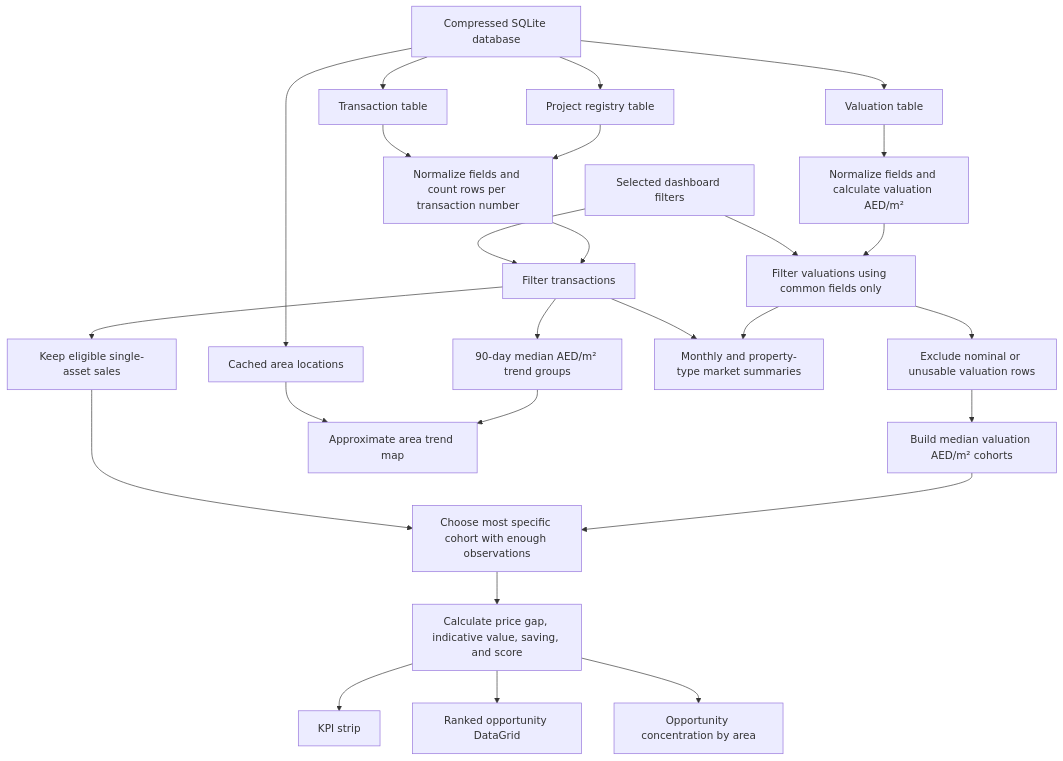
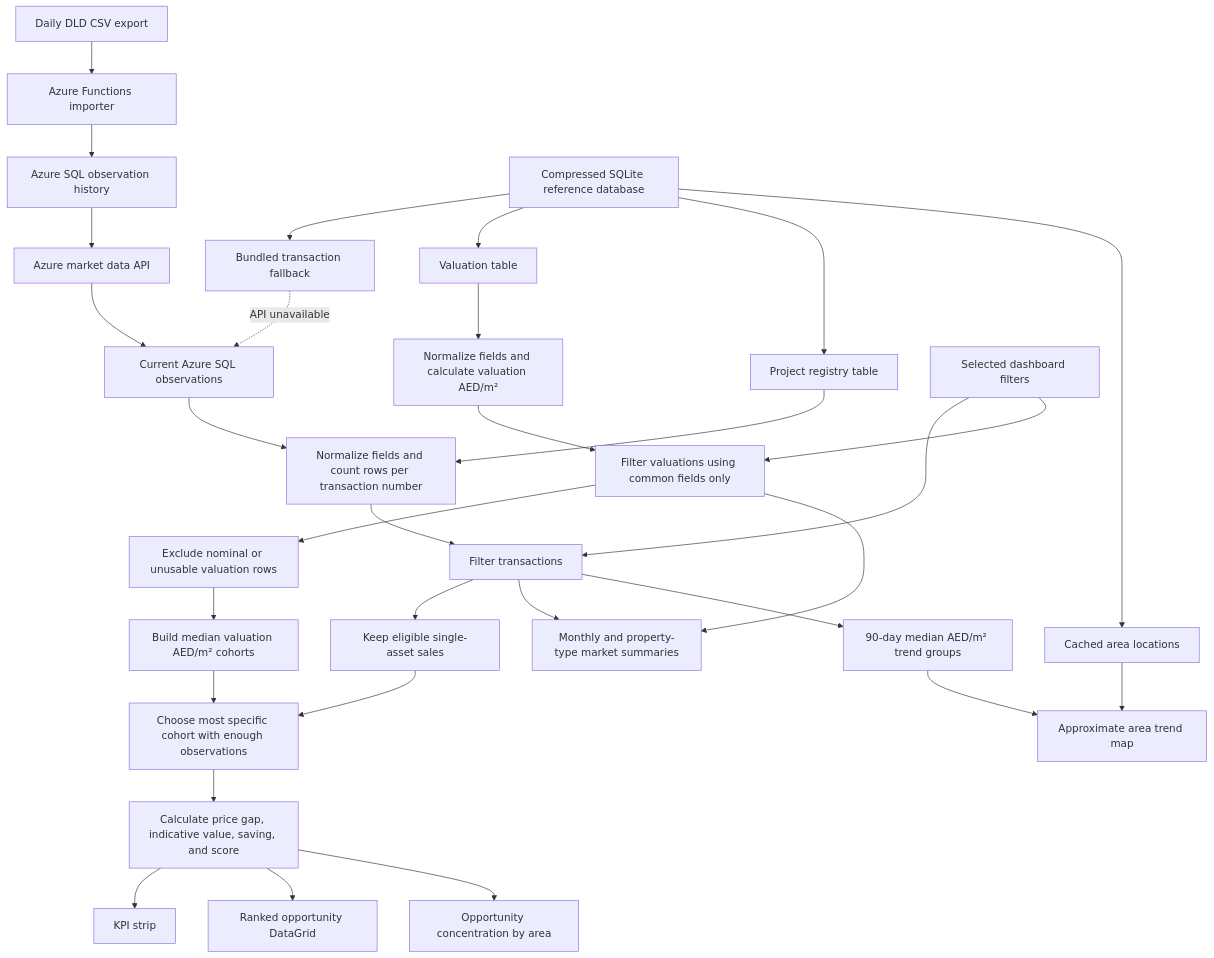
Before and after one commit to someshwarrc/Dubai-Market-Lens: the diagram in FLOW.md, drawn with Mermaid. The commit also changed other lines of this file and 62 other files, not shown here.

Commit message:
Add Azure SQL market data pipeline

````diff
--- a/FLOW.md
+++ b/FLOW.md
@@ -53,33 +57,38 @@
 ```mermaid
 flowchart TD
-    DB["Compressed SQLite database"] --> TX["Transaction table"]
+    API["Azure market data API"] --> TX["Current Azure SQL observations"]
+    DLD["Daily DLD CSV export"] --> WORKER["Azure Functions importer"]
+    WORKER --> NEON["Azure SQL observation history"]
+    NEON --> API
+    DB["Compressed SQLite reference database"] --> TXFALLBACK["Bundled transaction fallback"]
+    TXFALLBACK -. "API unavailable" .-> TX
     DB --> VAL["Valuation table"]
     DB --> PRJ["Project registry table"]
     DB --> LOC["Cached area locations"]
     TX --> TXN["Normalize fields and count rows per transaction number"]
     PRJ --> TXN
     VAL --> VALN["Normalize fields and calculate valuation AED/m²"]
 
     FILTERS["Selected dashboard filters"] --> TXF["Filter transactions"]
     FILTERS --> VALF["Filter valuations using common fields only"]
     TXN --> TXF
     VALN --> VALF
 
     VALF --> CLEANV["Exclude nominal or unusable valuation rows"]
     CLEANV --> COHORTS["Build median valuation AED/m² cohorts"]
 
     TXF --> CLEANT["Keep eligible single-asset sales"]
     CLEANT --> MATCH["Choose most specific cohort with enough observations"]
     COHORTS --> MATCH
 
     MATCH --> GAP["Calculate price gap, indicative value, saving, and score"]
     GAP --> KPIS["KPI strip"]
     GAP --> GRID["Ranked opportunity DataGrid"]
     GAP --> AREAS["Opportunity concentration by area"]
 
     TXF --> MARKET["Monthly and property-type market summaries"]
     VALF --> MARKET
     TXF --> TRENDS["90-day median AED/m² trend groups"]
     LOC --> MAP["Approximate area trend map"]
     TRENDS --> MAP
 ```
````
